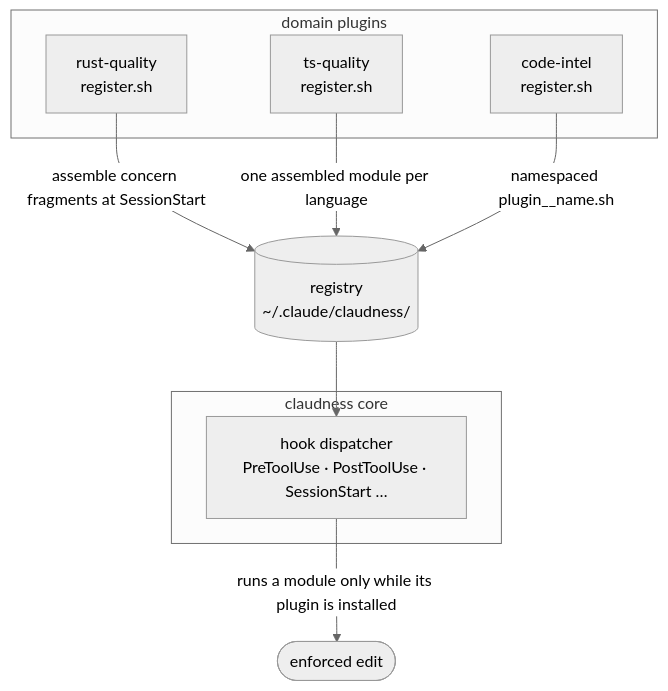
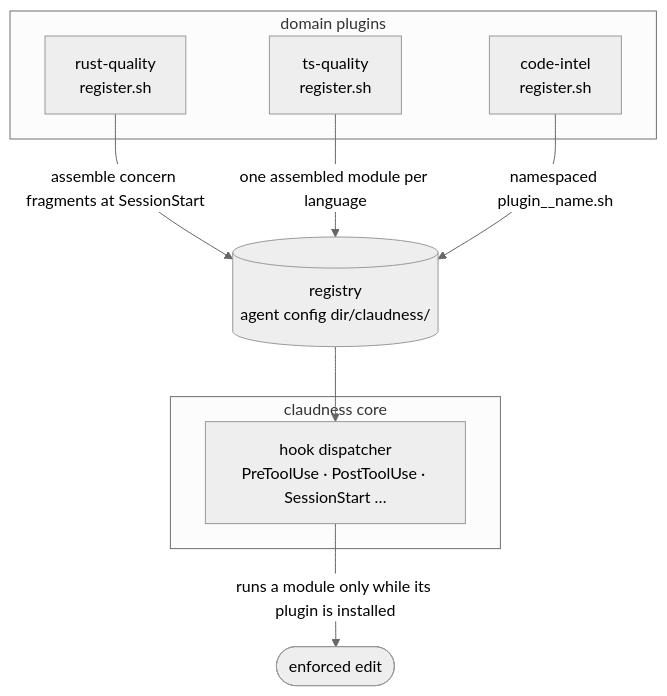
One commit to Falconiere/claudness changed the second of 2 diagrams in README.md. Above: the diagram before and after it, drawn with Mermaid (neutral theme). The commit also changed other lines of this file and 13 other files, not shown here.

````diff
--- a/README.md
+++ b/README.md
@@ -143,16 +168,16 @@
 ```mermaid
 flowchart TD
     subgraph core["claudness core"]
         D["hook dispatcher<br/>PreToolUse · PostToolUse · SessionStart …"]
     end
     subgraph plugins["domain plugins"]
         RQ["rust-quality<br/>register.sh"]
         TQ["ts-quality<br/>register.sh"]
         CI["code-intel<br/>register.sh"]
     end
-    RQ -- "assemble concern fragments at SessionStart" --> R[("registry<br/>~/.claude/claudness/")]
+    RQ -- "assemble concern fragments at SessionStart" --> R[("registry<br/>agent config dir/claudness/")]
     TQ -- "one assembled module per language" --> R
     CI -- "namespaced plugin__name.sh" --> R
     R --> D
     D -- "runs a module only while its plugin is installed" --> OUT([enforced edit])
 ```
````
